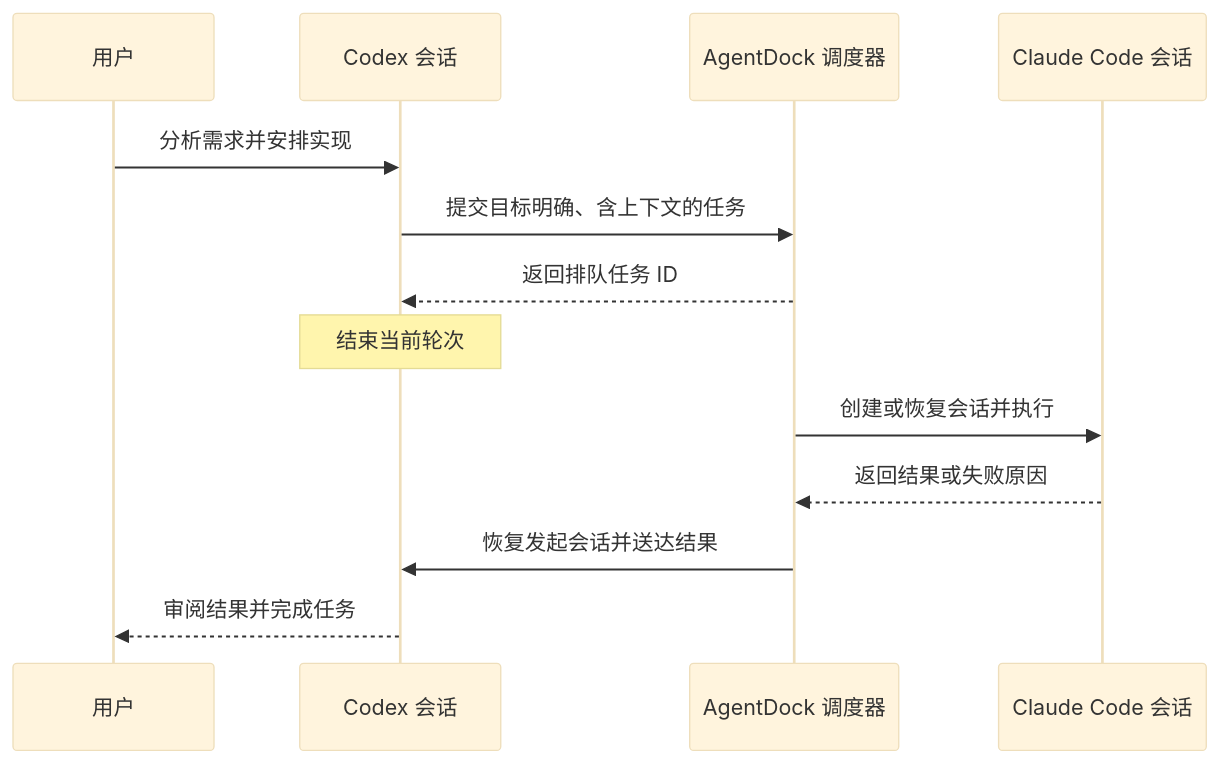
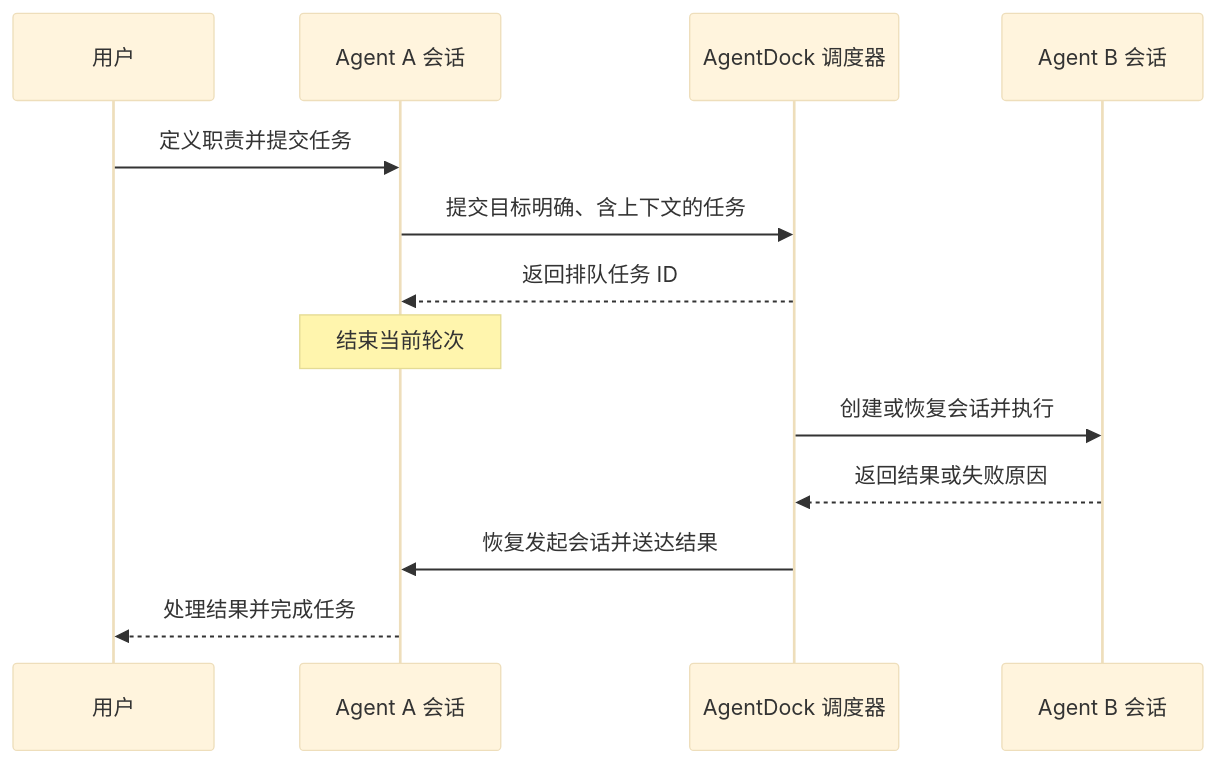
The diagram in README.zh-CN.md (NginxL/AgentDock), drawn with Mermaid (base theme) before and after one commit. The commit also changed other lines of this file and 21 other files, not shown here.

````diff
--- a/README.zh-CN.md
+++ b/README.zh-CN.md
@@ -87,15 +94,15 @@
 ```mermaid
 sequenceDiagram
     participant U as 用户
-    participant C as Codex 会话
+    participant C as Agent A 会话
     participant D as AgentDock 调度器
-    participant A as Claude Code 会话
-    U->>C: 分析需求并安排实现
+    participant A as Agent B 会话
+    U->>C: 定义职责并提交任务
     C->>D: 提交目标明确、含上下文的任务
     D-->>C: 返回排队任务 ID
     Note over C: 结束当前轮次
     D->>A: 创建或恢复会话并执行
     A-->>D: 返回结果或失败原因
     D->>C: 恢复发起会话并送达结果
-    C-->>U: 审阅结果并完成任务
+    C-->>U: 处理结果并完成任务
 ```
````
